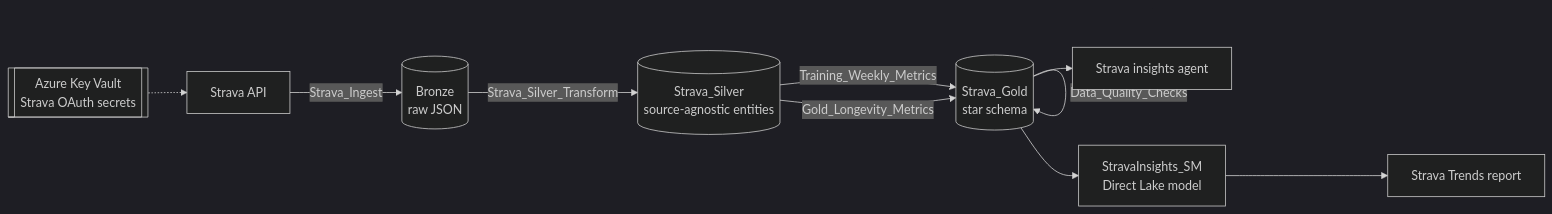
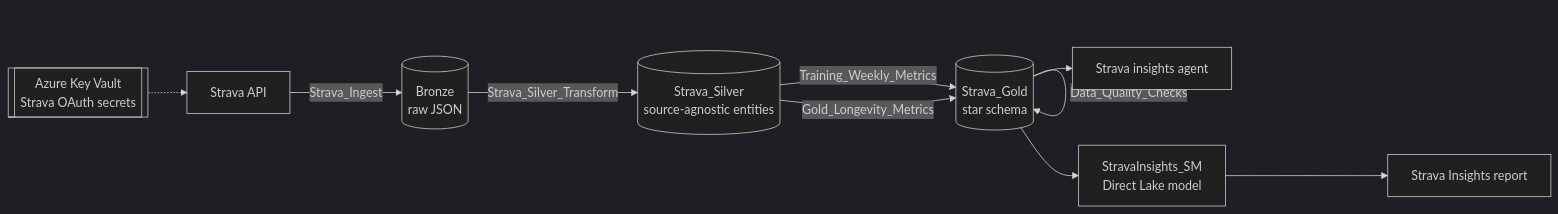
Before and after one commit to vuhrova/StravaInsights: the diagram in README.md, drawn with Mermaid (dark theme). The commit also changed other lines of this file and 97 other files, not shown here.

Commit message:
Rename the Strava Trends report to Strava Insights (#2)

````diff
--- a/README.md
+++ b/README.md
@@ -42,12 +42,12 @@
 ```mermaid
 flowchart LR
     S[Strava API] -->|Strava_Ingest| B[(Bronze<br/>raw JSON)]
     KV[[Azure Key Vault<br/>Strava OAuth secrets]] -.-> S
     B -->|Strava_Silver_Transform| SV[(Strava_Silver<br/>source-agnostic entities)]
     SV -->|Training_Weekly_Metrics| G[(Strava_Gold<br/>star schema)]
     SV -->|Gold_Longevity_Metrics| G
     G -->|Data_Quality_Checks| G
     G --> SM[StravaInsights_SM<br/>Direct Lake model]
-    SM --> R[Strava Trends report]
+    SM --> R[Strava Insights report]
     G --> DA[Strava insights agent]
 ```
````
